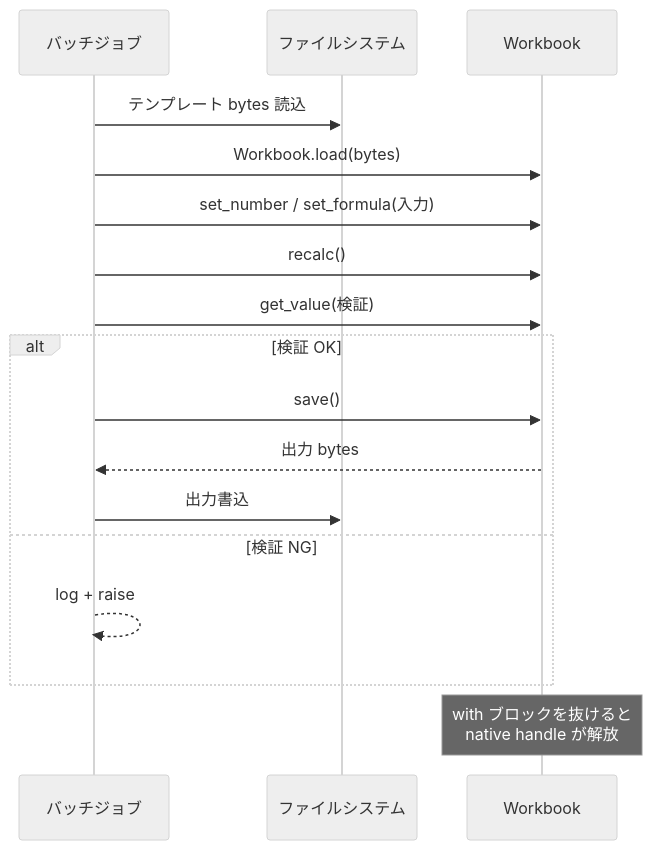
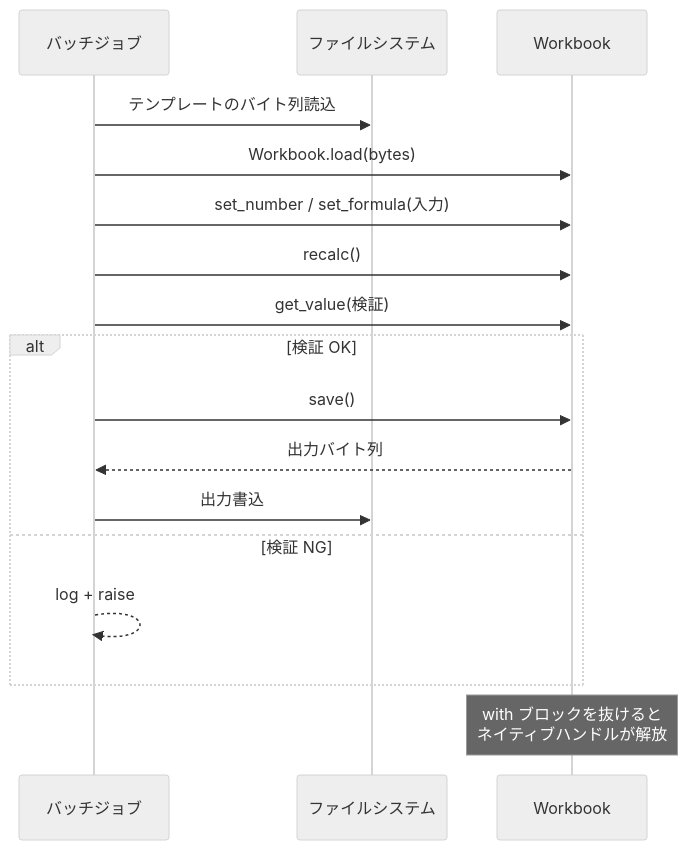
The diagram in src/ja/scenarios/python-batch.md (libraz/formulon-homepage), drawn with Mermaid (neutral theme) before and after one commit. The commit also changed other lines of this file and 49 other files, not shown here.

````diff
--- a/src/ja/scenarios/python-batch.md
+++ b/src/ja/scenarios/python-batch.md
@@ -15,19 +15,19 @@
 ```mermaid
 sequenceDiagram
   participant Job as バッチジョブ
   participant FS as ファイルシステム
   participant WB as Workbook
-  Job->>FS: テンプレート bytes 読込
+  Job->>FS: テンプレートのバイト列読込
   Job->>WB: Workbook.load(bytes)
   Job->>WB: set_number / set_formula(入力)
   Job->>WB: recalc()
   Job->>WB: get_value(検証)
   alt 検証 OK
     Job->>WB: save()
-    WB-->>Job: 出力 bytes
+    WB-->>Job: 出力バイト列
     Job->>FS: 出力書込
   else 検証 NG
     Job-->>Job: log + raise
   end
-  Note over WB: with ブロックを抜けると<br/>native handle が解放
+  Note over WB: with ブロックを抜けると<br/>ネイティブハンドルが解放
 ```
````
